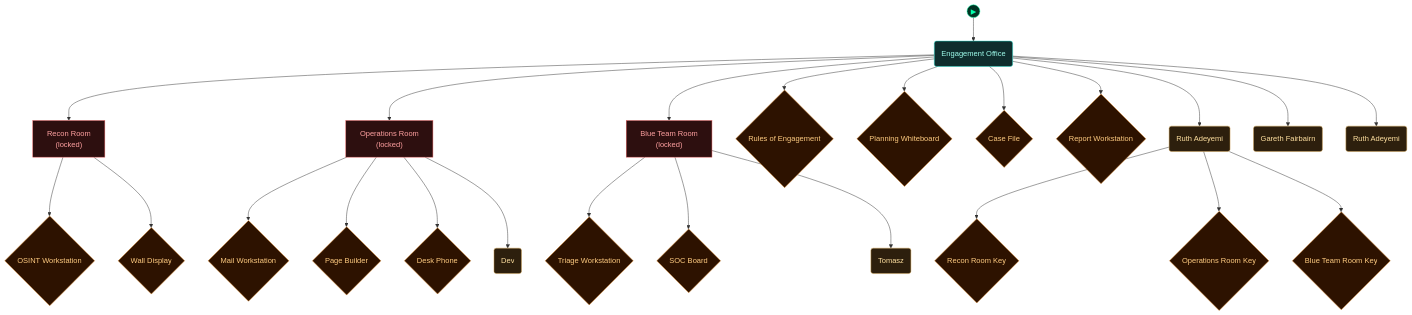
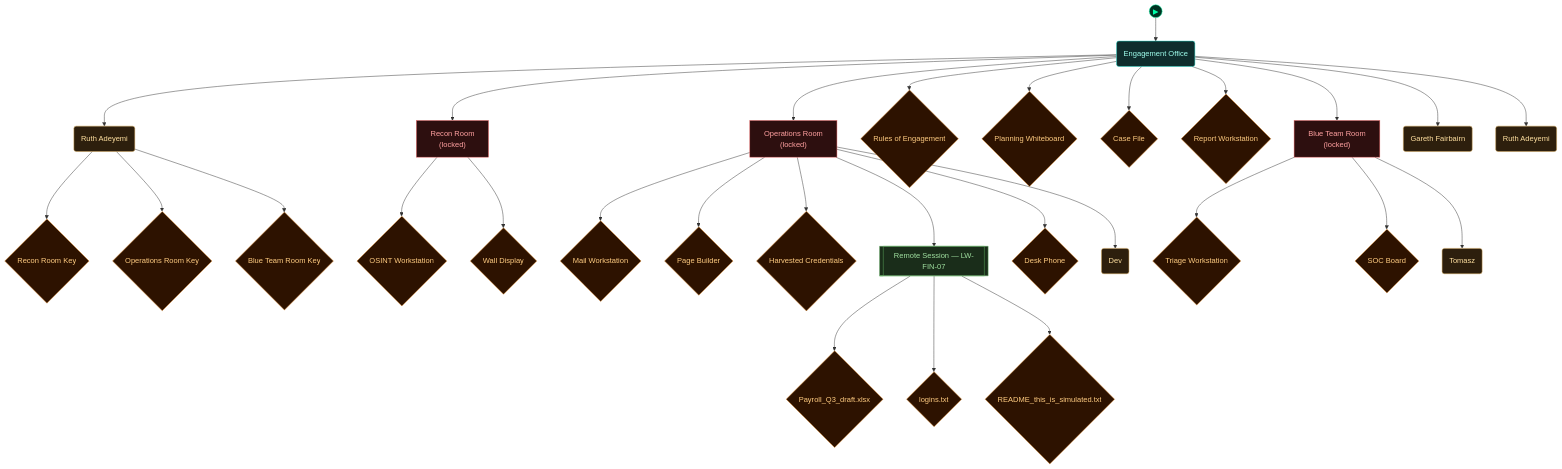
The fifth of 5 diagrams in scenarios/lab_social_engineering/dungeon_graph.md (cliffe/BreakEscape), drawn with Mermaid before and after one commit. The commit also changed 1 other file, not shown here.

Commit message:
SE lab: regenerate dungeon graph for the captures/exe additions

````diff
--- a/scenarios/lab_social_engineering/dungeon_graph.md
+++ b/scenarios/lab_social_engineering/dungeon_graph.md
@@ -351,11 +351,16 @@
   rc_recon_info_screen_12{"Wall Display"}
   rc_mail_workstation_13{"Mail Workstation"}
   rc_page_builder_14{"Page Builder"}
-  rc_desk_phone_15{"Desk Phone"}
-  rc_npc_dev_16("Dev")
-  rc_triage_workstation_17{"Triage Workstation"}
-  rc_soc_board_18{"SOC Board"}
-  rc_npc_tomasz_19("Tomasz")
+  rc_captures_terminal_15{"Harvested Credentials"}
+  rc_sofia_remote_16[["Remote Session — LW-FIN-07"]]
+  rc_obj17_17{"Payroll_Q3_draft.xlsx"}
+  rc_obj18_18{"logins.txt"}
+  rc_obj19_19{"README_this_is_simulated.txt"}
+  rc_desk_phone_20{"Desk Phone"}
+  rc_npc_dev_21("Dev")
+  rc_triage_workstation_22{"Triage Workstation"}
+  rc_soc_board_23{"SOC Board"}
+  rc_npc_tomasz_24("Tomasz")
 
   engagement_office --> recon_room
   engagement_office --> operations_room
@@ -374,15 +379,21 @@
   recon_room --> rc_recon_info_screen_12
   operations_room --> rc_mail_workstation_13
   operations_room --> rc_page_builder_14
-  operations_room --> rc_desk_phone_15
-  operations_room --> rc_npc_dev_16
-  blue_team_room --> rc_triage_workstation_17
-  blue_team_room --> rc_soc_board_18
-  blue_team_room --> rc_npc_tomasz_19
+  operations_room --> rc_captures_terminal_15
+  operations_room --> rc_sofia_remote_16
+  rc_sofia_remote_16 --> rc_obj17_17
+  rc_sofia_remote_16 --> rc_obj18_18
+  rc_sofia_remote_16 --> rc_obj19_19
+  operations_room --> rc_desk_phone_20
+  operations_room --> rc_npc_dev_21
+  blue_team_room --> rc_triage_workstation_22
+  blue_team_room --> rc_soc_board_23
+  blue_team_room --> rc_npc_tomasz_24
 
   class engagement_office room
   class recon_room,operations_room,blue_team_room lock
-  class rc_roe_sheet_1,rc_planning_whiteboard_2,rc_recon_board_3,rc_report_workstation_4,rc_recon_key_6,rc_operations_key_7,rc_blue_team_key_8,rc_osint_workstation_11,rc_recon_info_screen_12,rc_mail_workstation_13,rc_page_builder_14,rc_desk_phone_15,rc_triage_workstation_17,rc_soc_board_18 item
-  class rc_npc_ruth_adeyemi_5,rc_npc_gareth_fairbairn_9,rc_npc_ruth_adeyemi_10,rc_npc_dev_16,rc_npc_tomasz_19 npc
+  class rc_roe_sheet_1,rc_planning_whiteboard_2,rc_recon_board_3,rc_report_workstation_4,rc_recon_key_6,rc_operations_key_7,rc_blue_team_key_8,rc_osint_workstation_11,rc_recon_info_screen_12,rc_mail_workstation_13,rc_page_builder_14,rc_captures_terminal_15,rc_obj17_17,rc_obj18_18,rc_obj19_19,rc_desk_phone_20,rc_triage_workstation_22,rc_soc_board_23 item
+  class rc_npc_ruth_adeyemi_5,rc_npc_gareth_fairbairn_9,rc_npc_ruth_adeyemi_10,rc_npc_dev_21,rc_npc_tomasz_24 npc
+  class rc_sofia_remote_16 container
   class node_start start
 ```
````
